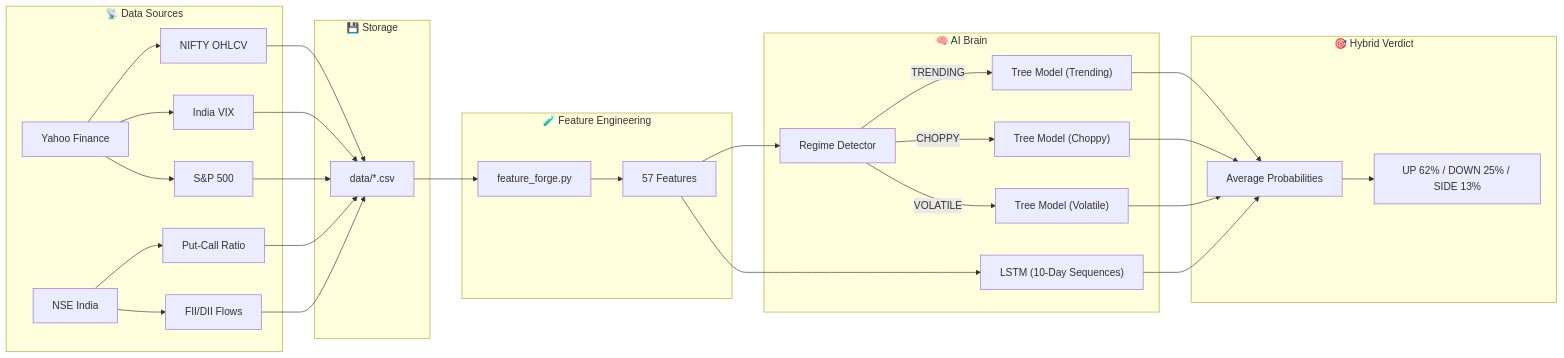
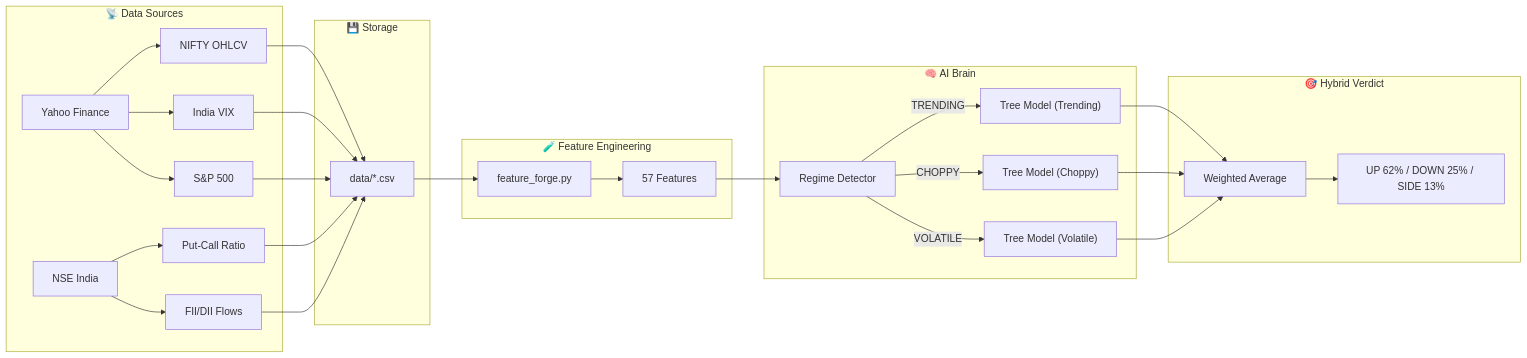
One commit to pravindev666/David-ML-Scanner-V2 changed the first of 7 diagrams in README.md. Above: the diagram before and after it, drawn with Mermaid. The commit also changed other lines of this file and 26 other files, not shown here.

````diff
--- a/README.md
+++ b/README.md
@@ -49,39 +49,37 @@
 ```mermaid
 graph LR
     subgraph "📡 Data Sources"
         Y["Yahoo Finance"] --> N["NIFTY OHLCV"]
         Y --> V["India VIX"]
         Y --> S["S&P 500"]
         NSE["NSE India"] --> PCR["Put-Call Ratio"]
         NSE --> FII["FII/DII Flows"]
     end
 
     subgraph "💾 Storage"
         N --> CSV["data/*.csv"]
         V --> CSV
         S --> CSV
         PCR --> CSV
         FII --> CSV
     end
 
     subgraph "🧪 Feature Engineering"
         CSV --> FE["feature_forge.py"]
         FE --> F1["57 Features"]
     end
 
     subgraph "🧠 AI Brain"
         F1 --> RD["Regime Detector"]
         RD -->|"TRENDING"| MT["Tree Model (Trending)"]
         RD -->|"CHOPPY"| MC["Tree Model (Choppy)"]
         RD -->|"VOLATILE"| MV["Tree Model (Volatile)"]
-        F1 --> LSTM["LSTM (10-Day Sequences)"]
     end
 
     subgraph "🎯 Hybrid Verdict"
-        MT --> AVG["Average Probabilities"]
+        MT --> AVG["Weighted Average"]
         MC --> AVG
         MV --> AVG
-        LSTM --> AVG
         AVG --> PRED["UP 62% / DOWN 25% / SIDE 13%"]
     end
 ```
````
